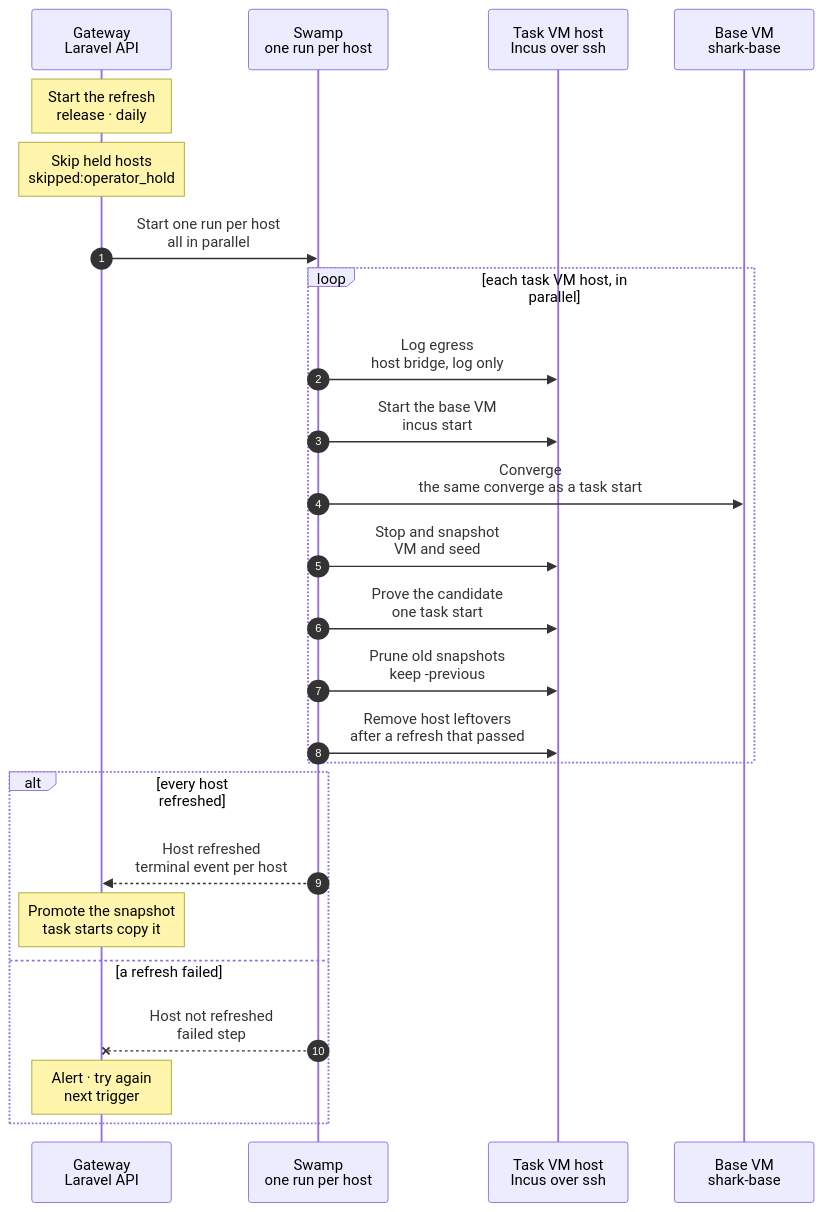
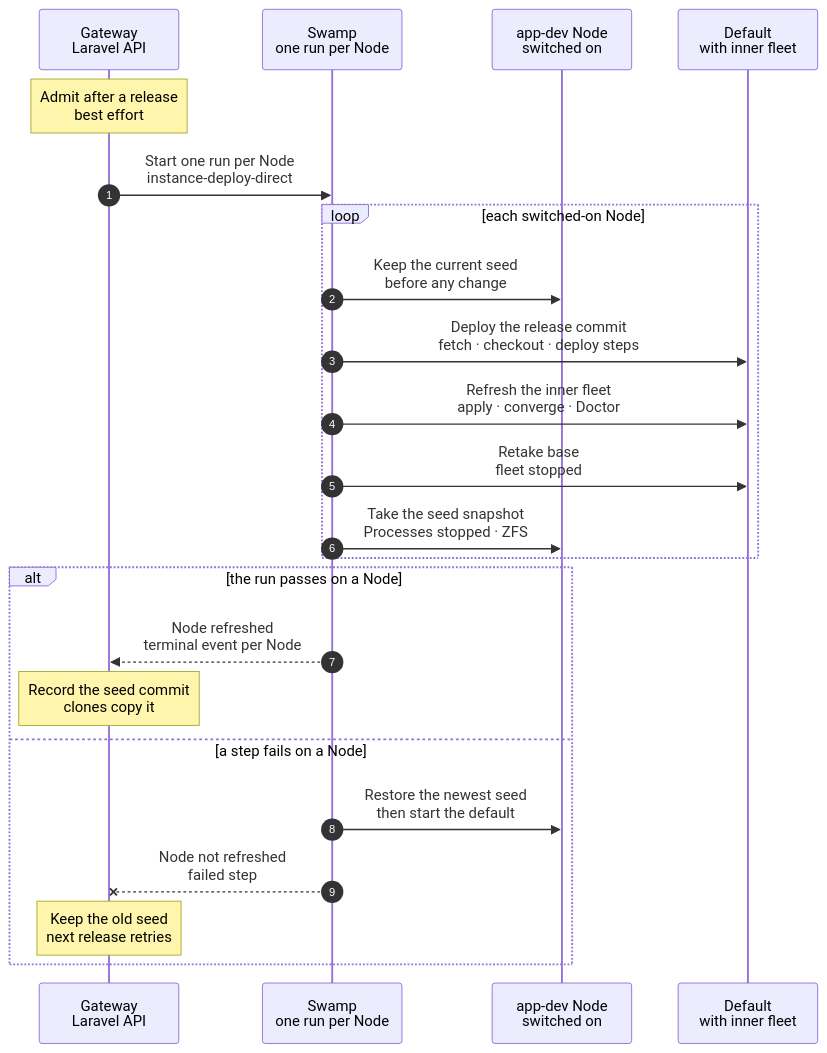
One commit to hardimpactdev/orbit changed the diagram in docs/reference/pipeline/6-task-image-seed-refresh.mmd. Above: the diagram before and after it, drawn with Mermaid. The commit also changed 50 other files, not shown here.

First line of the commit message:
feat(instances): refresh the nested-fleet default after each release (F3 release hook) (#3562)

```diff
--- a/docs/reference/pipeline/6-task-image-seed-refresh.mmd
+++ b/docs/reference/pipeline/6-task-image-seed-refresh.mmd
@@ -1,66 +1,52 @@
 sequenceDiagram
-  %% Target design: stage 6 of the command development pipeline. Each task VM host keeps one stopped base VM that never gets an identity; its ZFS snapshot is the base a task start copies. After a release, and once a day, every host starts its base VM, converges it as a task start would, stops it and snapshots it; the snapshot is proven with one task start and the Gateway promotes it. There is no Incus image and no publish. Nothing is copied between hosts. The per-host run: docs/cli/task/vm-image-refresh.mmd.
+  %% Target design: stage 6 of the command development pipeline. Each Node with the nested-fleet switch keeps the nested-fleet Project's default Instance, an Incus container that holds the inner fleet. After each Gateway release, Orbit deploys that default to the release commit, refreshes its fleet and takes the seed snapshot that a task or a new Instance of the Project clones. There is no VM, no image publish and no daily run. The per-Node run: docs/cli/instance/container/fleet-refresh.mmd. Until the last proof runs in containers, the task VM refresh (docs/cli/task/vm-image-refresh.mmd) still runs; see docs/reference/old-paths.md.
   %% status: draft
-  %% command: development pipeline stage 6 · per-host task image and seed refresh
+  %% command: development pipeline stage 6 · per-Node seed refresh
   %% kind: pipeline.6-task-image-seed-refresh
   autonumber
   %% lane GW icon=gateway pill=intent tone=blue
   %% lane SW icon=workflow pill=executes tone=green
-  %% lane H icon=server pill=each host tone=amber
-  %% lane VM icon=server pill=base VM tone=gray
+  %% lane N icon=server pill=each Node tone=amber
+  %% lane C icon=server pill=default tone=purple
   participant GW as Gateway<br/>Laravel API
-  participant SW as Swamp<br/>one run per host
-  participant H as Task VM host<br/>Incus over ssh
-  participant VM as Base VM<br/>shark-base
-  Note over GW: Start the refresh<br/>release · daily
+  participant SW as Swamp<br/>one run per Node
+  participant N as app-dev Node<br/>switched on
+  participant C as Default<br/>with inner fleet
+  Note over GW: Admit after a release<br/>best effort
   %%> Triggers:
-  %%> - every verified Gateway release, after successful verification and successful or skipped Horizon start (the release's step "Admit VM refreshes"); admission uses the verified release's artisan, is best effort and does not wait for refresh completion; a code-only release refreshes too
-  %%> - a daily Schedule; it only dispatches the admission
-  %%> - a host with a refresh open keeps it, and the newest commit waits behind it; the run that ends admits that commit
-  Note over GW: Skip held hosts<br/>skipped:operator_hold
-  %%> Result:
-  %%> - each held host is named in the release admission output or daily admission log; no Operation starts or queues
-  %%> - the host keeps its last promoted snapshot and keeps taking task VMs
-  GW->>SW: Start one run per host<br/>all in parallel
+  %%> - every verified Gateway release, from its admission step after Horizon starts; the release does not wait
+  %%> When:
+  %%> - a default with a clone copy in flight refuses with `instance.clone_in_flight`; the next release tries again
+  %%> - a default with a deployment open refuses by its Instance lock; nothing queues behind it
+  GW->>SW: Start one run per Node<br/>instance-deploy-direct
   %%> Why:
-  %%> - each host bakes its own image and seed; copying them between hosts is not a supported flow
-  loop each task VM host, in parallel
-    SW->>H: Log egress<br/>host bridge, log only
+  %%> - each Node keeps its own seed; nothing is copied between Nodes
+  loop each switched-on Node
+    SW->>N: Keep the current seed<br/>before any change
+    %%> Why:
+    %%> - a failure then restores a seed that holds the fleet
+    SW->>C: Deploy the release commit<br/>fetch · checkout · deploy steps
     %%> What it does:
-    %%> - sets up the egress log of the host bridge: an nftables rule, an rsyslog file and the DNS log of the bridge's dnsmasq; nothing is blocked
-    %%> - the first run sets `raw.dnsmasq`, which runs the setup of the bridge again and restarts its dnsmasq: running VMs lose DNS for about a second, and Incus runs that dnsmasq without its AppArmor profile
-    SW->>H: Start the base VM<br/>incus start
+    %%> - the same steps as every container default deployment
+    SW->>C: Refresh the inner fleet<br/>apply · converge · Doctor
     %%> What it does:
-    %%> - a host without a promoted base gets one here, from the stock Ubuntu VM image and an empty seed volume: a new host, or one whose earlier base never passed its first boot; the converge that follows builds everything else
-    SW->>VM: Converge<br/>the same converge as a task start
+    %%> - starts the fleet, migrates the nested Gateway, converges the three nested Nodes, waits for Doctor
+    SW->>C: Retake base<br/>fleet stopped
+    %%> Why:
+    %%> - a restore reverts device and config keys, so `base` holds every fleet rule
+    SW->>N: Take the seed snapshot<br/>Processes stopped · ZFS
     %%> What it does:
-    %%> - outer VM: packages, tools, Swamp, orbit-agent, the Pi server, sshd and UFW at the release's pins; each part runs only when its digest changed
-    %%> - the warm checkout: main at the release commit, installs only where a lock file changed
-    %%> - each container: migrations and restarts only when the code changed; no wait for nested services and no identity wipe
-    %%> - a base VM without a nested fleet builds it once, in the same converge: the containers from stock Ubuntu, the nested Gateway from one local `gateway-bootstrap` run, app-dev and app-prod through its own Orbit, and a Doctor wait; a base VM with its fleet skips the build
-    SW->>H: Stop and snapshot<br/>VM and seed
-    %%> What it does:
-    %%> - stops the base VM and snapshots it and its seed volume; ZFS snapshots, about 1 s
-    SW->>H: Prove the candidate<br/>one task start
-    %%> What it does:
-    %%> - steps 2 to 4 of a task start from the new snapshot in a free place, then its release
-    SW->>H: Prune old snapshots<br/>keep -previous
-    %%> What it does:
-    %%> - keeps the new snapshot and the one before it; removes older ones
-    SW->>H: Remove host leftovers<br/>after a refresh that passed
-    %%> What it does:
-    %%> - removes images, seed volumes and projects no current path makes
-    %%> - a failure fails no refresh; the result says `host_clean: succeeded`, `failed` or `skipped` (the refresh failed first)
+    %%> - refuses when the Club key is a file on the default's disk; the key lives outside it
   end
-  alt every host refreshed
-    SW-->>GW: Host refreshed<br/>terminal event per host
-    Note over GW: Promote the snapshot<br/>task starts copy it
+  alt the run passes on a Node
+    SW-->>GW: Node refreshed<br/>terminal event per Node
+    Note over GW: Record the seed commit<br/>clones copy it
     %%> Result:
-    %%> - target about 25 s per host for a no-op refresh before the proof; one slow host does not hold the others
-    %%> - the first refresh of a new host builds the whole base, its nested fleet included (about 30 min of it)
-  else a refresh failed
-    SW--xGW: Host not refreshed<br/>failed step
-    Note over GW: Alert · try again<br/>next trigger
+    %%> - one slow Node does not hold the others; existing clones keep their fleet
+  else a step fails on a Node
+    SW->>N: Restore the newest seed<br/>then start the default
+    SW--xGW: Node not refreshed<br/>failed step
+    Note over GW: Keep the old seed<br/>next release retries
     %%> Result:
-    %%> - the base VM is rolled back to the recorded snapshot and the run's snapshot removed; the identity that proved it is released
+    %%> - clones keep copying the old seed; the Operation names the failed step
   end
```
